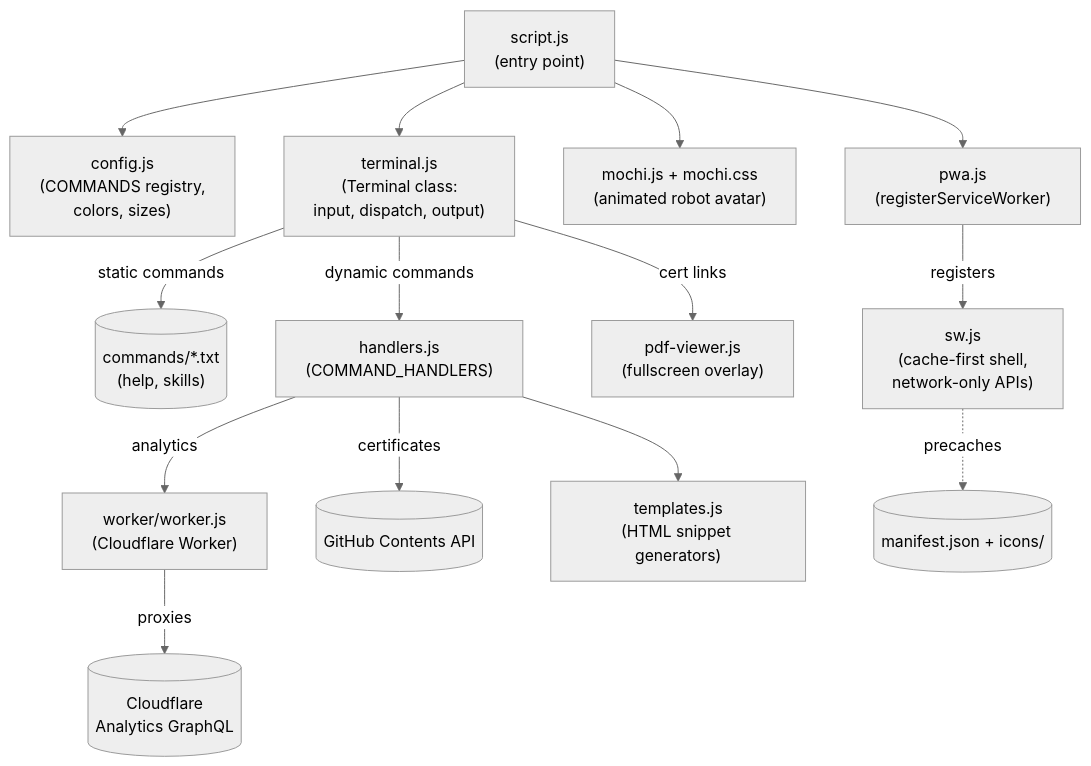
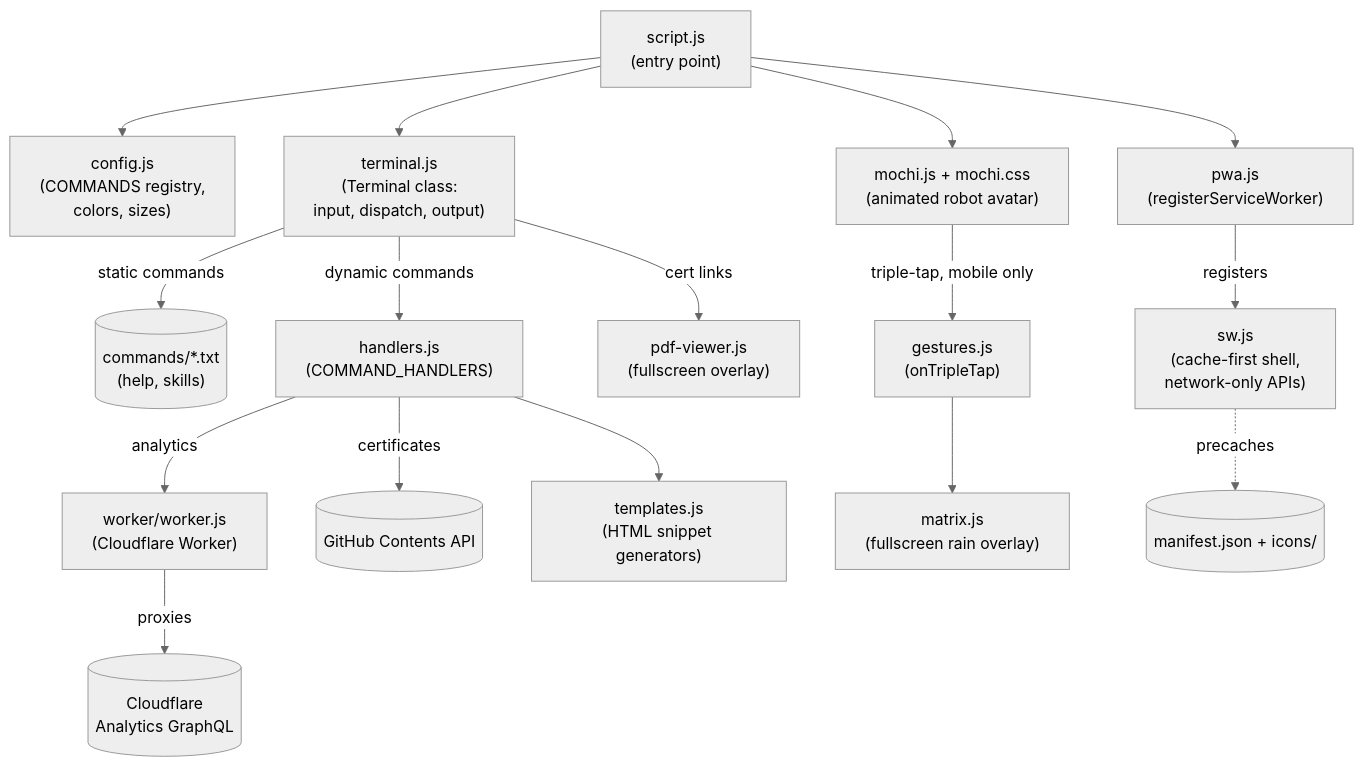
One commit to oleksiisedun/oleksiisedun.com changed the diagram in README.md. Above: the diagram before and after it, drawn with Mermaid (neutral theme). The commit also changed other lines of this file and 6 other files, not shown here.

First line of the commit message:
feat: add Matrix rain easter egg on mobile

````diff
--- a/README.md
+++ b/README.md
@@ -23,20 +24,23 @@
 ```mermaid
 graph TD
   Entry["script.js\n(entry point)"] --> Config["config.js\n(COMMANDS registry,\ncolors, sizes)"]
   Entry --> Terminal["terminal.js\n(Terminal class:\ninput, dispatch, output)"]
   Entry --> Mochi["mochi.js + mochi.css\n(animated robot avatar)"]
   Entry --> PWA["pwa.js\n(registerServiceWorker)"]
 
   Terminal -->|static commands| StaticFiles[("commands/*.txt\n(help, skills)")]
   Terminal -->|dynamic commands| Handlers["handlers.js\n(COMMAND_HANDLERS)"]
   Terminal -->|cert links| PDFViewer["pdf-viewer.js\n(fullscreen overlay)"]
 
+  Mochi -->|triple-tap, mobile only| Gestures["gestures.js\n(onTripleTap)"]
+  Gestures --> Matrix["matrix.js\n(fullscreen rain overlay)"]
+
   Handlers -->|analytics| Worker["worker/worker.js\n(Cloudflare Worker)"]
   Handlers -->|certificates| GitHubAPI[("GitHub Contents API")]
   Worker -->|proxies| CFAnalytics[("Cloudflare\nAnalytics GraphQL")]
 
   Handlers --> Templates["templates.js\n(HTML snippet generators)"]
 
   PWA -->|registers| SW["sw.js\n(cache-first shell,\nnetwork-only APIs)"]
   SW -.->|precaches| Manifest[("manifest.json + icons/")]
 ```
````
